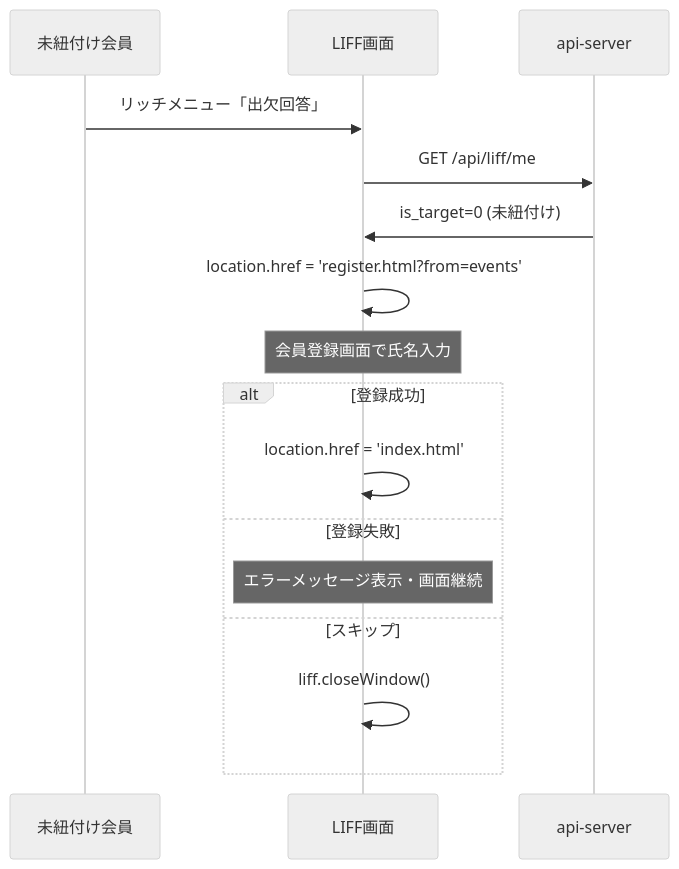
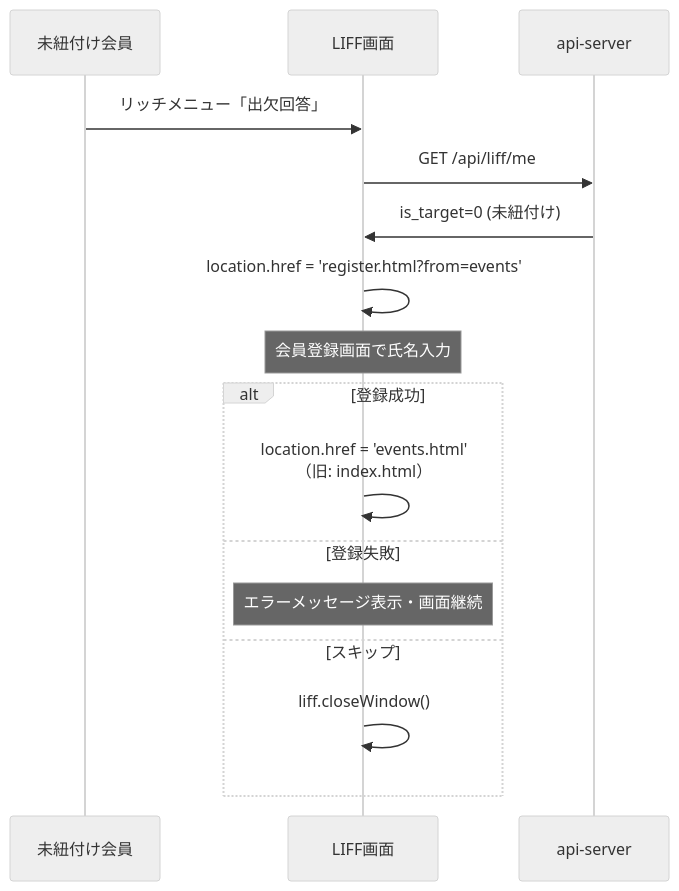
The sixth of 10 diagrams in docs/100_設計/132_外部連携図.md (hanaki-tn/rcline), drawn with Mermaid (neutral theme) before and after one commit. The commit also changed other lines of this file and 10 other files, not shown here.

````diff
--- a/docs/100_設計/132_外部連携図.md
+++ b/docs/100_設計/132_外部連携図.md
@@ -213,21 +217,21 @@
 ```mermaid
 sequenceDiagram
     participant U as 未紐付け会員
     participant LIFF as LIFF画面
     participant A as api-server
     
     U->>LIFF: リッチメニュー「出欠回答」
     LIFF->>A: GET /api/liff/me
     A->>LIFF: is_target=0 (未紐付け)
     LIFF->>LIFF: location.href = 'register.html?from=events'
     
     Note over LIFF: 会員登録画面で氏名入力
     
     alt 登録成功
-        LIFF->>LIFF: location.href = 'index.html'
+        LIFF->>LIFF: location.href = 'events.html'<br/>（旧: index.html）
     else 登録失敗
         Note over LIFF: エラーメッセージ表示・画面継続
     else スキップ
         LIFF->>LIFF: liff.closeWindow()
     end
 ```
````
